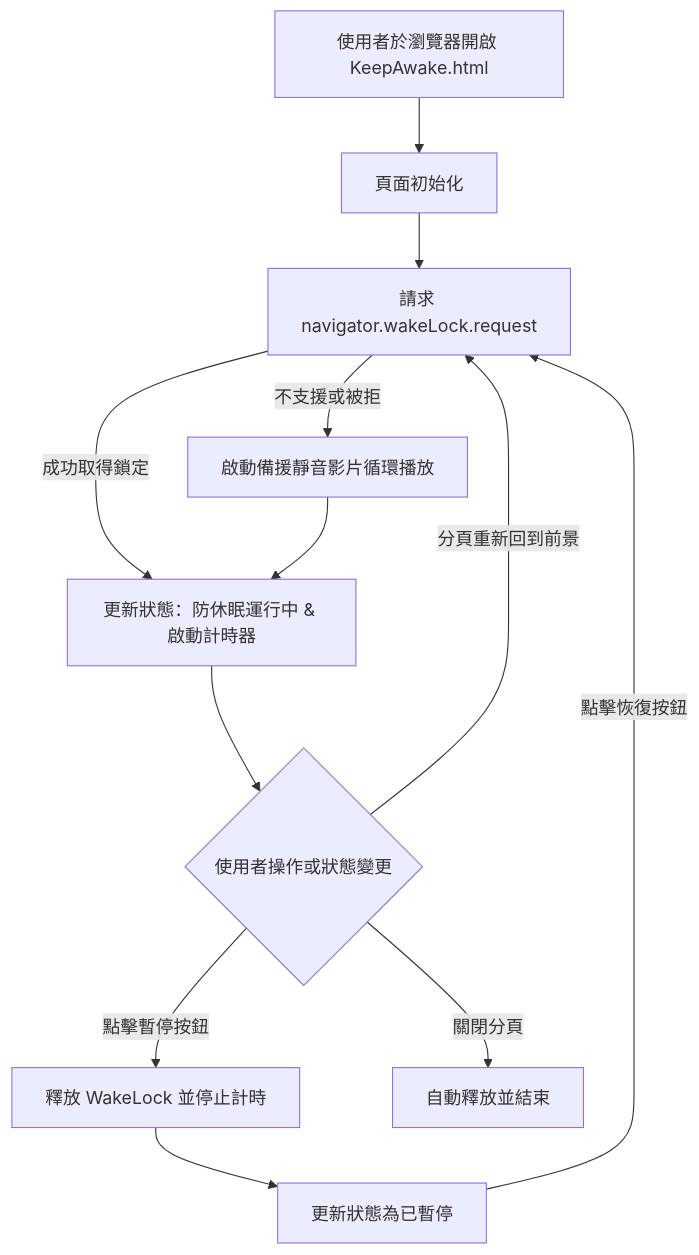
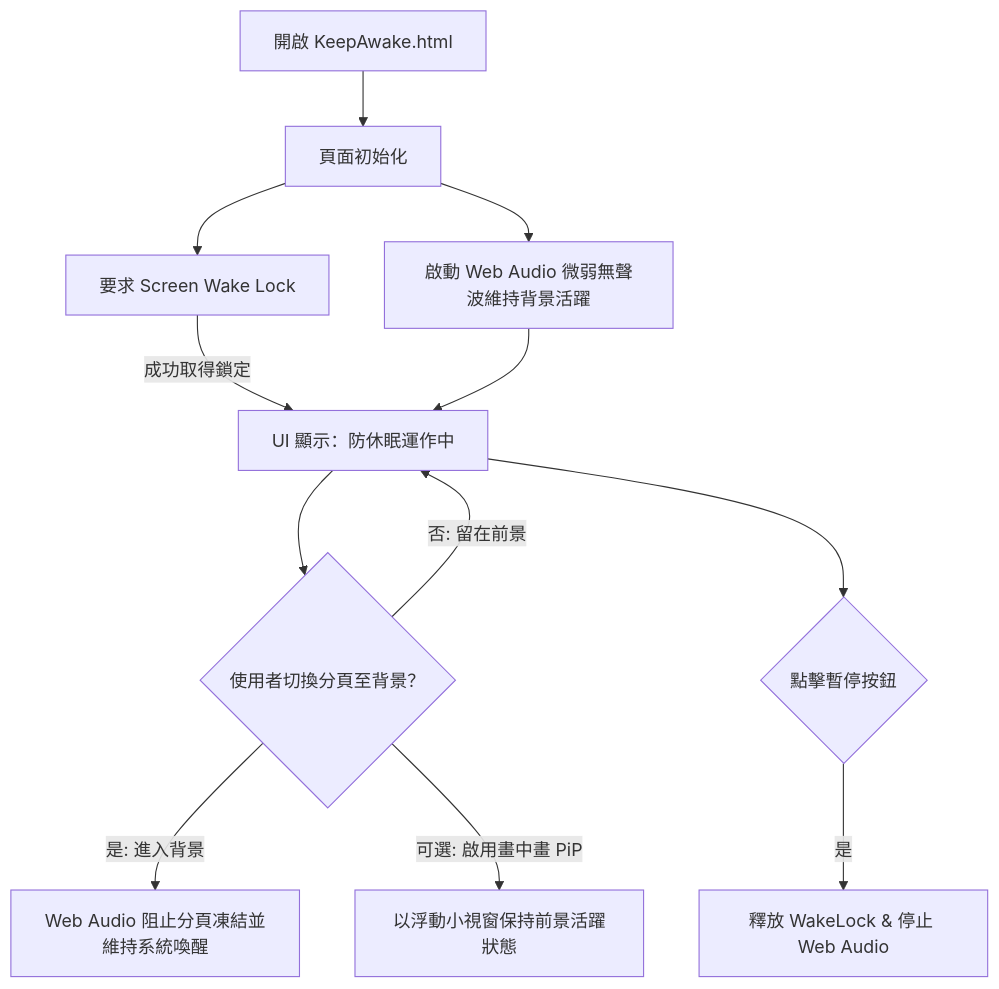
One commit to Evan20230427/AntiScreenSaver changed the third of 5 diagrams in spec.md. Above: the diagram before and after it, drawn with Mermaid. The commit also changed other lines of this file and 6 other files, not shown here.

Commit message:
feat: 強化 KeepAwake.html 引入 WebAudio 次音頻與 PiP 模式，並新增 C# 原生免安裝執行檔

````diff
--- a/spec.md
+++ b/spec.md
@@ -32,14 +77,14 @@
 ```mermaid
 graph TD
-    A[使用者於瀏覽器開啟 KeepAwake.html] --> B[頁面初始化]
-    B --> C[請求 navigator.wakeLock.request]
-    C -->|成功取得鎖定| D[更新狀態：防休眠運行中 & 啟動計時器]
-    C -->|不支援或被拒| E[啟動備援靜音影片循環播放]
-    E --> D
-    D --> F{使用者操作或狀態變更}
-    F -->|點擊暫停按鈕| G[釋放 WakeLock 並停止計時]
-    G --> H[更新狀態為已暫停]
-    H -->|點擊恢復按鈕| C
-    F -->|分頁重新回到前景| C
-    F -->|關閉分頁| I[自動釋放並結束]
+    A[開啟 KeepAwake.html] --> B[頁面初始化]
+    B --> C[要求 Screen Wake Lock]
+    B --> D[啟動 Web Audio 微弱無聲波維持背景活躍]
+    C -->|成功取得鎖定| E[UI 顯示：防休眠運作中]
+    D --> E
+    E --> F{使用者切換分頁至背景？}
+    F -->|是: 進入背景| G[Web Audio 阻止分頁凍結並維持系統喚醒]
+    F -->|可選: 啟用畫中畫 PiP| H[以浮動小視窗保持前景活躍狀態]
+    F -->|否: 留在前景| E
+    E --> I{點擊暫停按鈕}
+    I -->|是| J[釋放 WakeLock & 停止 Web Audio]
 ```
````
